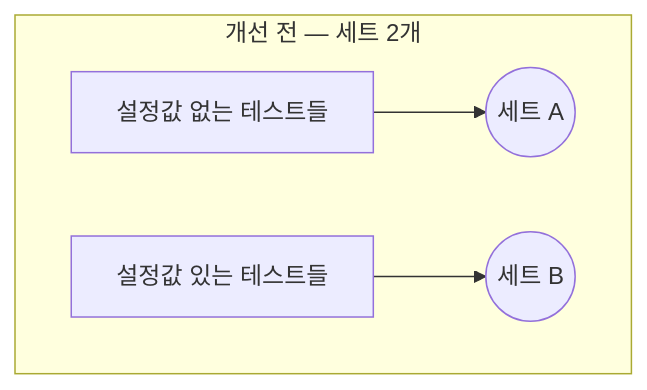
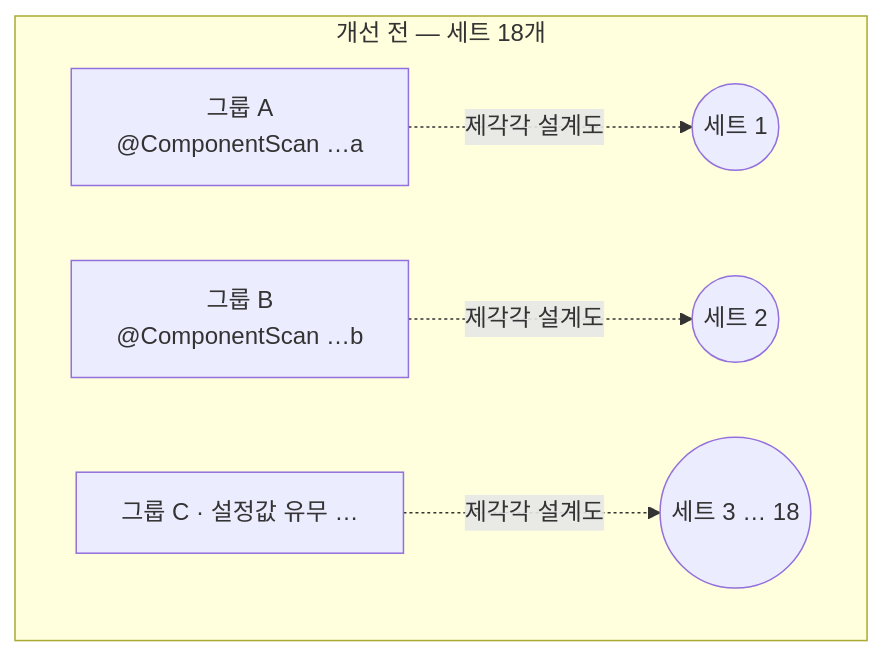
One commit to johnycho/johny-dev changed the fourth of 6 diagrams in blog/2026-08-03-spring-datajpatest-context-oom.mdx. Above: the diagram before and after it, drawn with Mermaid. The commit also changed other lines of this file and 2 other files, not shown here.

````diff
--- a/blog/2026-08-03-spring-datajpatest-context-oom.mdx
+++ b/blog/2026-08-03-spring-datajpatest-context-oom.mdx
@@ -190,7 +215,8 @@
 ```mermaid
 flowchart TB
-    subgraph BEFORE["개선 전 — 세트 2개"]
-        P1["설정값 없는 테스트들"] --> CX1((세트 A))
-        P2["설정값 있는 테스트들"] --> CX2((세트 B))
+    subgraph BEFORE["개선 전 — 세트 18개"]
+        G1["그룹 A<br/>@ComponentScan …a"] -.제각각 설계도.-> B1((세트 1))
+        G2["그룹 B<br/>@ComponentScan …b"] -.제각각 설계도.-> B2((세트 2))
+        G3["그룹 C · 설정값 유무 …"] -.제각각 설계도.-> B3((세트 3 … 18))
     end
 ```
````
